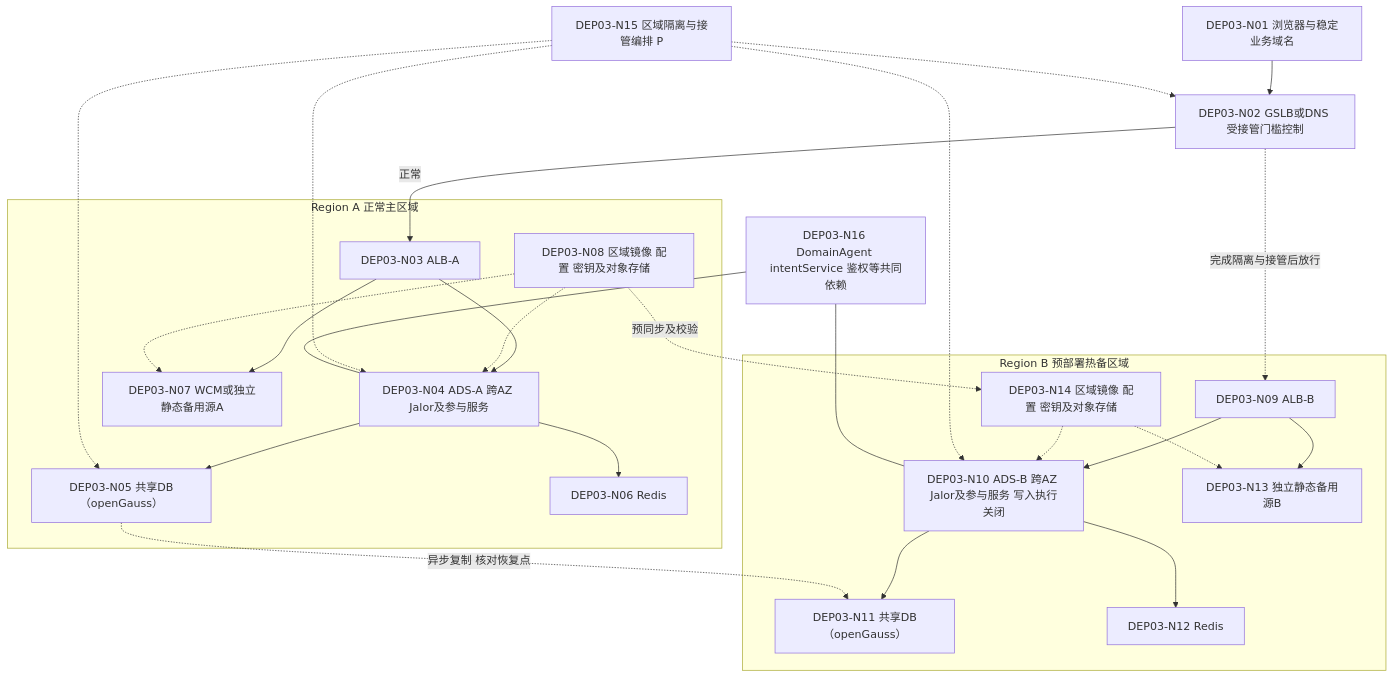
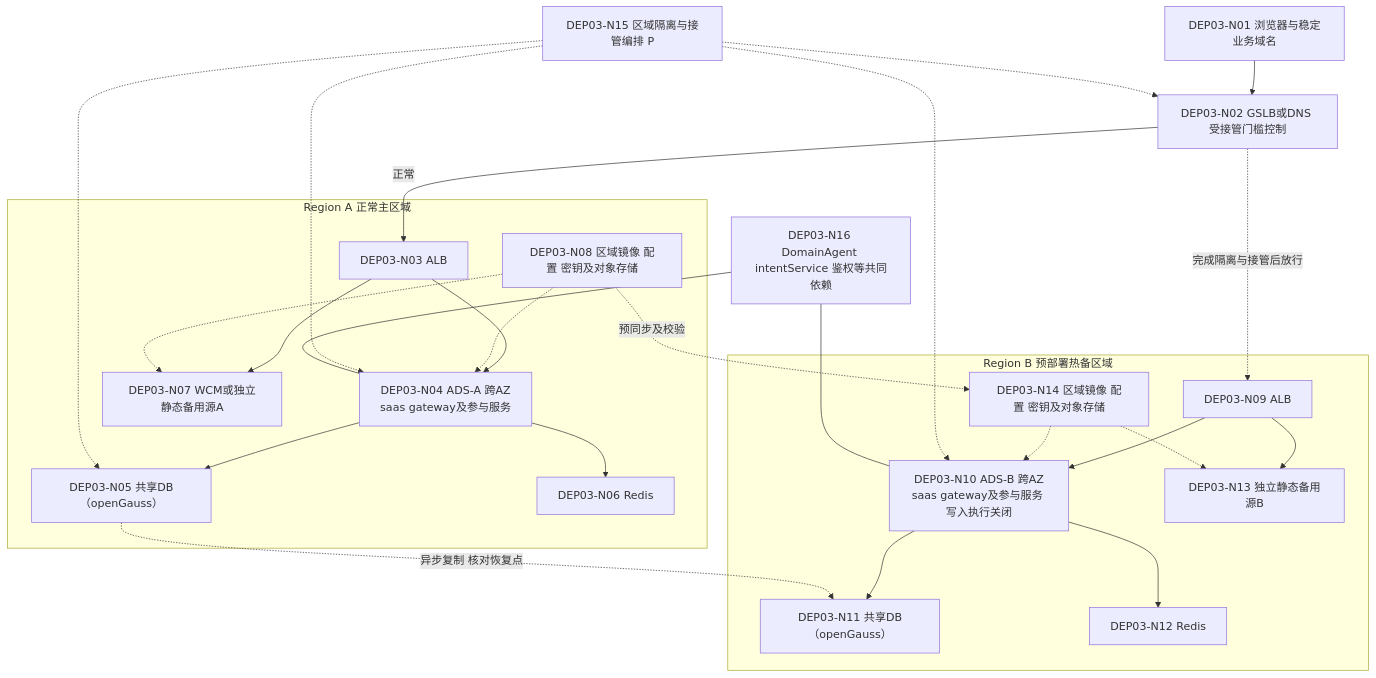
The fourth of 7 diagrams in docs/architecture/high-availability/deployment.md (kunben-duck/exweb), drawn with Mermaid before and after one commit. The commit also changed other lines of this file and 8 other files, not shown here.

````diff
--- a/docs/architecture/high-availability/deployment.md
+++ b/docs/architecture/high-availability/deployment.md
@@ -216,30 +221,30 @@
 ```mermaid
 flowchart TB
     browser["DEP03-N01 浏览器与稳定业务域名"] --> globalEntry["DEP03-N02 GSLB或DNS 受接管门槛控制"]
     subgraph primaryRegion["Region A 正常主区域"]
-        albA["DEP03-N03 ALB-A"] --> adsA["DEP03-N04 ADS-A 跨AZ Jalor及参与服务"]
+        albA["DEP03-N03 ALB"] --> adsA["DEP03-N04 ADS-A 跨AZ<br/>saas gateway及参与服务"]
         adsA --> dbA["DEP03-N05 共享DB（openGauss）"]
         adsA --> redisA["DEP03-N06 Redis"]
         albA --> webA["DEP03-N07 WCM或独立静态备用源A"]
         artifactsA["DEP03-N08 区域镜像 配置 密钥及对象存储"] -.-> adsA
         artifactsA -.-> webA
     end
     subgraph standbyRegion["Region B 预部署热备区域"]
-        albB["DEP03-N09 ALB-B"] --> adsB["DEP03-N10 ADS-B 跨AZ Jalor及参与服务 写入执行关闭"]
+        albB["DEP03-N09 ALB"] --> adsB["DEP03-N10 ADS-B 跨AZ<br/>saas gateway及参与服务 写入执行关闭"]
         adsB --> dbB["DEP03-N11 共享DB（openGauss）"]
         adsB --> redisB["DEP03-N12 Redis"]
         albB --> webB["DEP03-N13 独立静态备用源B"]
         artifactsB["DEP03-N14 区域镜像 配置 密钥及对象存储"] -.-> adsB
         artifactsB -.-> webB
     end
     globalEntry -->|正常| albA
     globalEntry -.->|完成隔离与接管后放行| albB
     dbA -.->|异步复制 核对恢复点| dbB
     artifactsA -.->|预同步及校验| artifactsB
     fence["DEP03-N15 区域隔离与接管编排 P"] -.-> dbA
     fence -.-> adsA
     fence -.-> adsB
     fence -.-> globalEntry
     external["DEP03-N16 DomainAgent intentService 鉴权等共同依赖"] --- adsA
     external --- adsB
 ```
````
